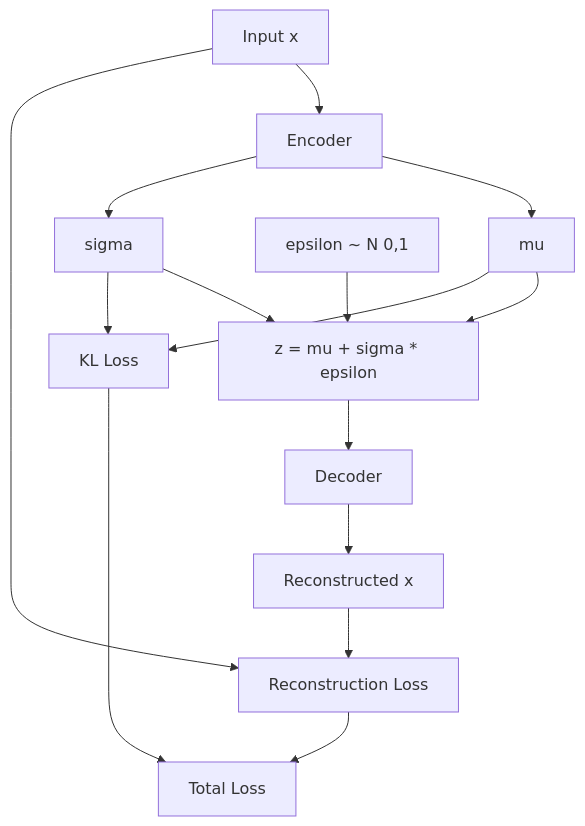
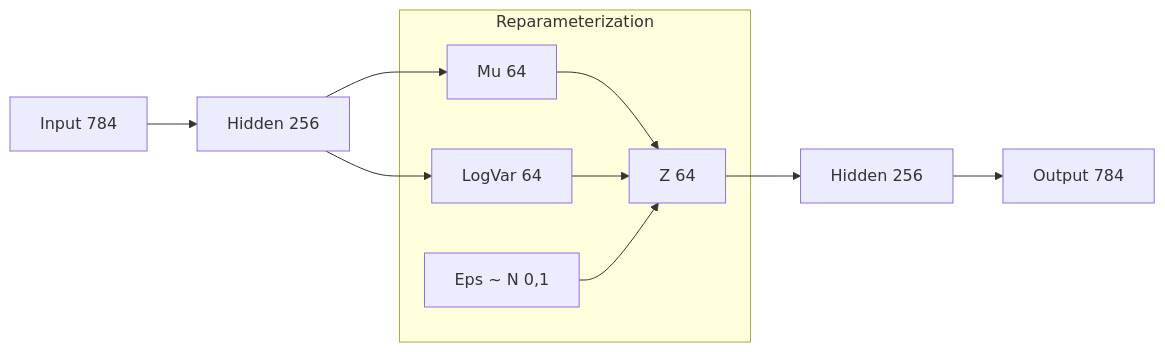
The diagram in docs/ml-and-dl/AutoEncoder/VariationalAutoencoder.md (kunjcr2/how-llms-are-made), drawn with Mermaid before and after one commit. The commit also changed other lines of this file and 1 other file, not shown here.

````diff
--- a/docs/ml-and-dl/AutoEncoder/VariationalAutoencoder.md
+++ b/docs/ml-and-dl/AutoEncoder/VariationalAutoencoder.md
@@ -136,20 +109,15 @@
 ```mermaid
-flowchart TB
-    A[Input x] --> B[Encoder]
-    B --> C[mu]
-    B --> D[sigma]
-    C --> E[z = mu + sigma * epsilon]
-    D --> E
-    F[epsilon ~ N 0,1] --> E
-    E --> G[Decoder]
-    G --> H[Reconstructed x]
+graph LR
+    Input[Input 784] --> HiddenE[Hidden 256]
+    HiddenE --> Mu[Mu 64]
+    HiddenE --> LogVar[LogVar 64]
     
-    H --> I[Reconstruction Loss]
-    A --> I
+    subgraph Reparameterization
+    Mu --> Z[Z 64]
+    LogVar --> Z
+    Eps[Eps ~ N 0,1] --> Z
+    end
     
-    C --> J[KL Loss]
-    D --> J
-    
-    I --> K[Total Loss]
-    J --> K
+    Z --> HiddenD[Hidden 256]
+    HiddenD --> Output[Output 784]
 ```
````
